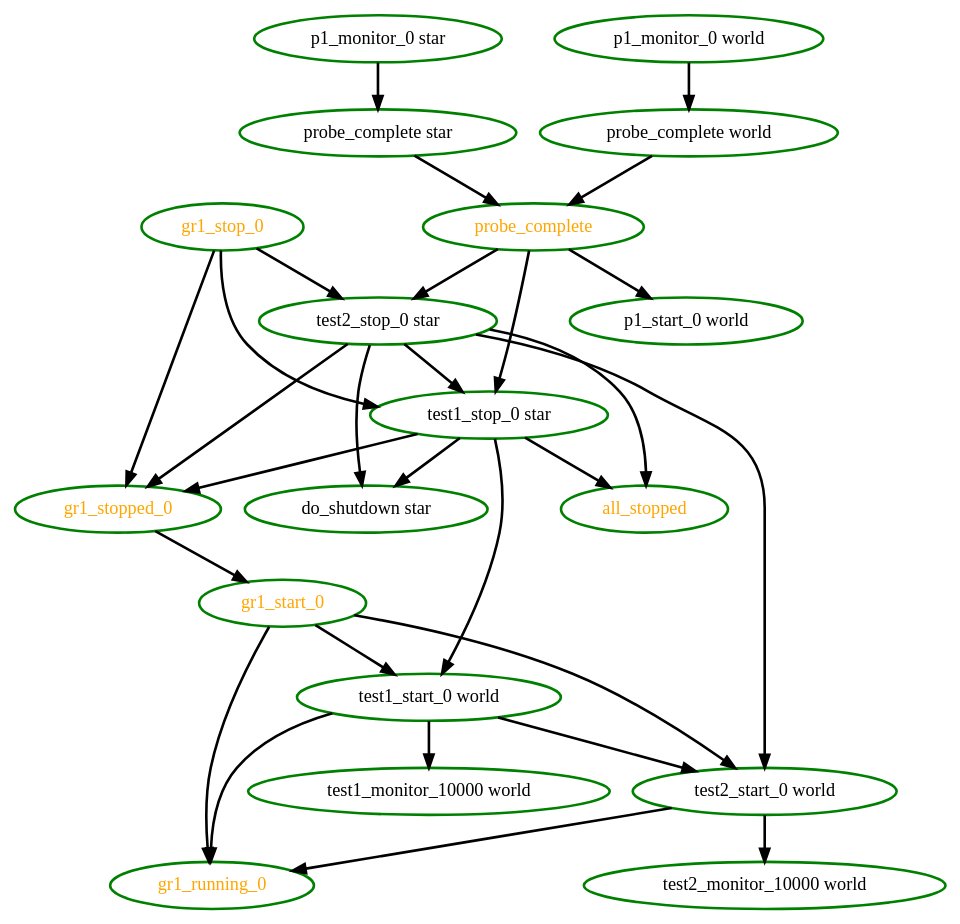
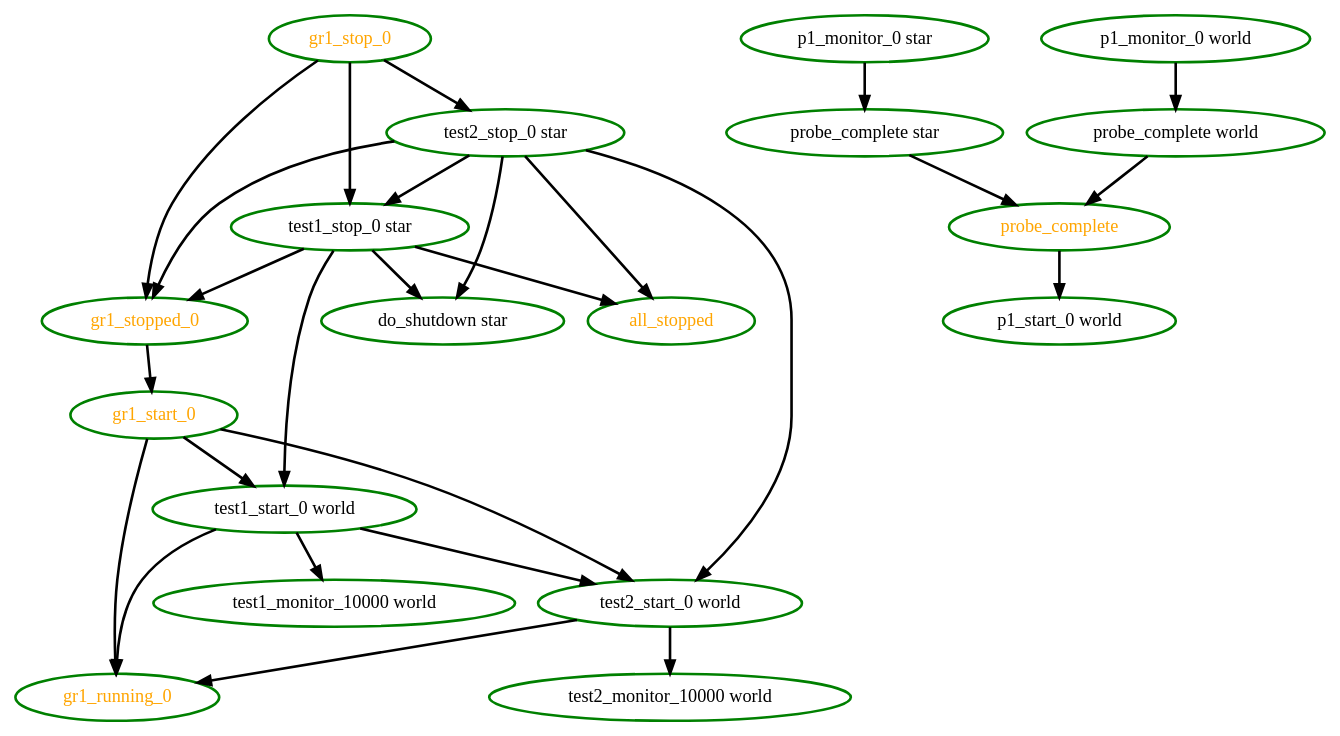
Before and after one commit to ClusterLabs/pacemaker: the diagram in pengine/test10/bug-1820-1.dot, drawn with Graphviz. The commit also changed 17 other files, not shown here.

```diff
--- a/pengine/test10/bug-1820-1.dot
+++ b/pengine/test10/bug-1820-1.dot
@@ -1,48 +1,46 @@
 digraph "g" {
 "all_stopped" [ style=bold color="green" fontcolor="orange" ]
 "do_shutdown star" [ style=bold color="green" fontcolor="black" ]
 "gr1_running_0" [ style=bold color="green" fontcolor="orange" ]
 "gr1_start_0" -> "gr1_running_0" [ style = bold]
 "gr1_start_0" -> "test1_start_0 world" [ style = bold]
 "gr1_start_0" -> "test2_start_0 world" [ style = bold]
 "gr1_start_0" [ style=bold color="green" fontcolor="orange" ]
 "gr1_stop_0" -> "gr1_stopped_0" [ style = bold]
 "gr1_stop_0" -> "test1_stop_0 star" [ style = bold]
 "gr1_stop_0" -> "test2_stop_0 star" [ style = bold]
 "gr1_stop_0" [ style=bold color="green" fontcolor="orange" ]
 "gr1_stopped_0" -> "gr1_start_0" [ style = bold]
 "gr1_stopped_0" [ style=bold color="green" fontcolor="orange" ]
 "p1_monitor_0 star" -> "probe_complete star" [ style = bold]
 "p1_monitor_0 star" [ style=bold color="green" fontcolor="black" ]
 "p1_monitor_0 world" -> "probe_complete world" [ style = bold]
 "p1_monitor_0 world" [ style=bold color="green" fontcolor="black" ]
 "p1_start_0 world" [ style=bold color="green" fontcolor="black" ]
 "probe_complete star" -> "probe_complete" [ style = bold]
 "probe_complete star" [ style=bold color="green" fontcolor="black" ]
 "probe_complete world" -> "probe_complete" [ style = bold]
 "probe_complete world" [ style=bold color="green" fontcolor="black" ]
 "probe_complete" -> "p1_start_0 world" [ style = bold]
-"probe_complete" -> "test1_stop_0 star" [ style = bold]
-"probe_complete" -> "test2_stop_0 star" [ style = bold]
 "probe_complete" [ style=bold color="green" fontcolor="orange" ]
 "test1_monitor_10000 world" [ style=bold color="green" fontcolor="black" ]
 "test1_start_0 world" -> "gr1_running_0" [ style = bold]
 "test1_start_0 world" -> "test1_monitor_10000 world" [ style = bold]
 "test1_start_0 world" -> "test2_start_0 world" [ style = bold]
 "test1_start_0 world" [ style=bold color="green" fontcolor="black" ]
 "test1_stop_0 star" -> "all_stopped" [ style = bold]
 "test1_stop_0 star" -> "do_shutdown star" [ style = bold]
 "test1_stop_0 star" -> "gr1_stopped_0" [ style = bold]
 "test1_stop_0 star" -> "test1_start_0 world" [ style = bold]
 "test1_stop_0 star" [ style=bold color="green" fontcolor="black" ]
 "test2_monitor_10000 world" [ style=bold color="green" fontcolor="black" ]
 "test2_start_0 world" -> "gr1_running_0" [ style = bold]
 "test2_start_0 world" -> "test2_monitor_10000 world" [ style = bold]
 "test2_start_0 world" [ style=bold color="green" fontcolor="black" ]
 "test2_stop_0 star" -> "all_stopped" [ style = bold]
 "test2_stop_0 star" -> "do_shutdown star" [ style = bold]
 "test2_stop_0 star" -> "gr1_stopped_0" [ style = bold]
 "test2_stop_0 star" -> "test1_stop_0 star" [ style = bold]
 "test2_stop_0 star" -> "test2_start_0 world" [ style = bold]
 "test2_stop_0 star" [ style=bold color="green" fontcolor="black" ]
 }
```
